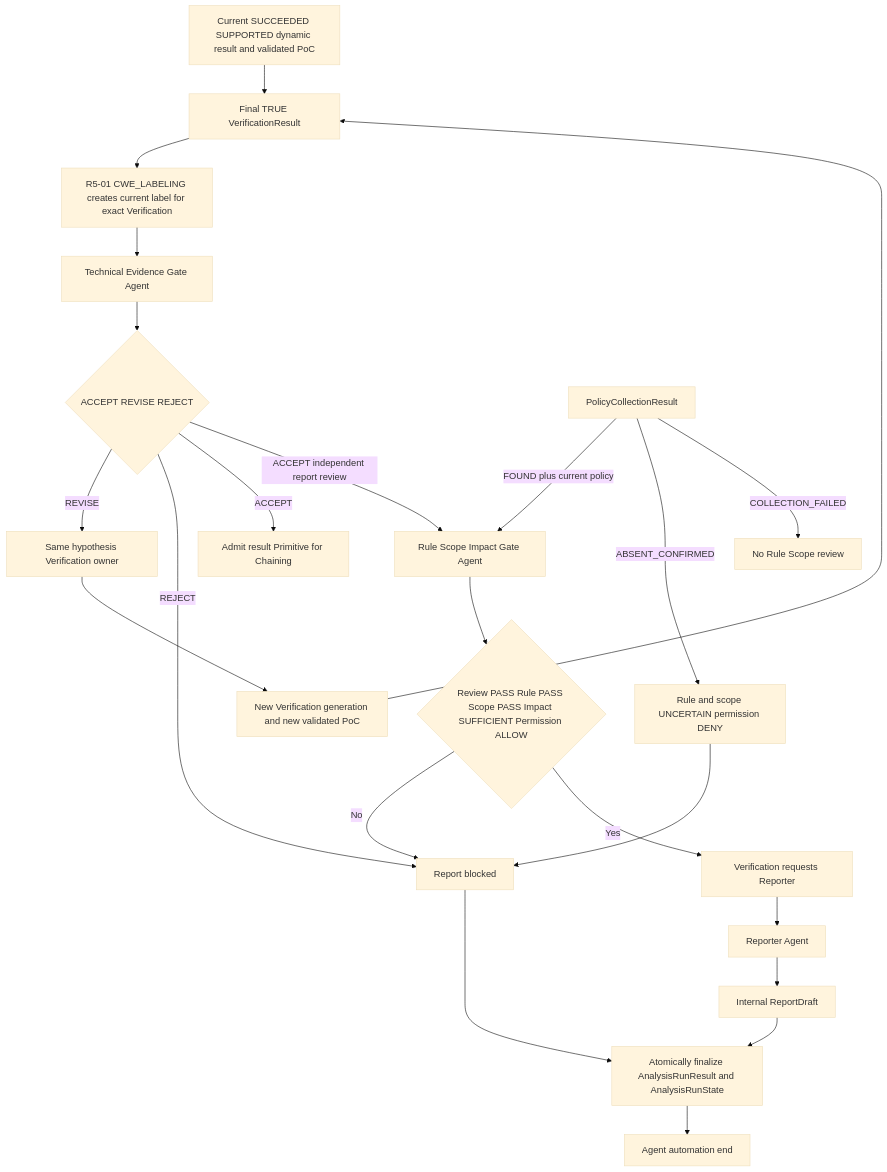
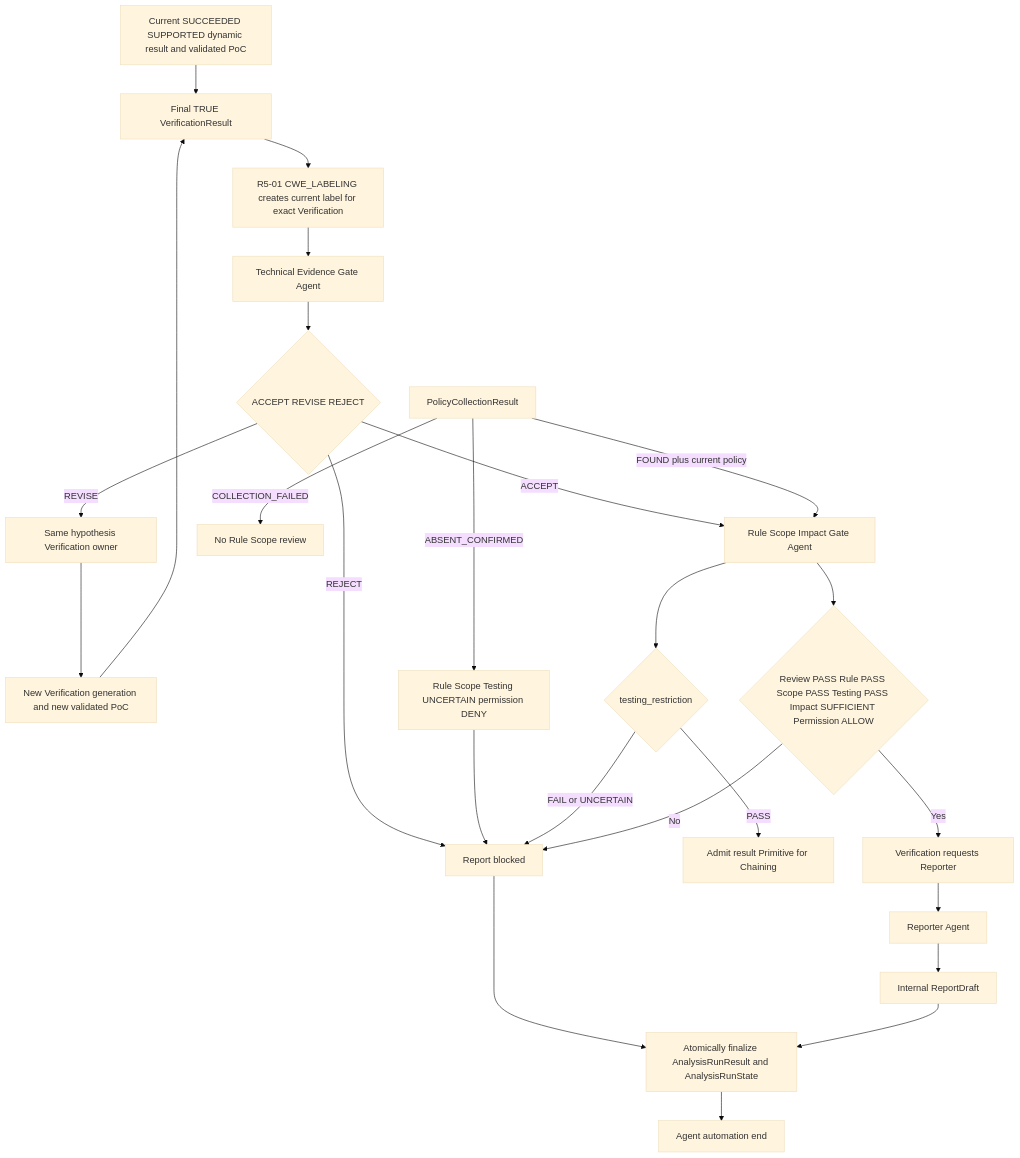
One commit to SASTsimi/sastsimi changed the sixth of 13 diagrams in docs/architecture-v5/13-architecture-diagrams.md. Above: the diagram before and after it, drawn with Mermaid (base theme). The commit also changed other lines of this file and 25 other files, not shown here.

Commit message:
docs: align R5-02 primitive admission with testing restrictions

````diff
--- a/docs/architecture-v5/13-architecture-diagrams.md
+++ b/docs/architecture-v5/13-architecture-diagrams.md
@@ -244,25 +247,27 @@
 ```mermaid
 flowchart TB
     DYN[Current SUCCEEDED SUPPORTED dynamic result and validated PoC] --> VR[Final TRUE VerificationResult]
     VR --> CWE[R5-01 CWE_LABELING creates current label for exact Verification]
     CWE --> TECH[Technical Evidence Gate Agent]
     TECH --> TS{ACCEPT REVISE REJECT}
     TS -->|REVISE| BACK[Same hypothesis Verification owner]
     BACK --> NEWGEN[New Verification generation and new validated PoC]
     NEWGEN --> VR
     TS -->|REJECT| BLOCK[Report blocked]
-    TS -->|ACCEPT| PRIMITIVE[Admit result Primitive for Chaining]
-    TS -->|ACCEPT independent report review| RULE[Rule Scope Impact Gate Agent]
+    TS -->|ACCEPT| RULE[Rule Scope Impact Gate Agent]
     COLLECT[PolicyCollectionResult] -->|FOUND plus current policy| RULE
-    COLLECT -->|ABSENT_CONFIRMED| UNCERTAIN[Rule and scope UNCERTAIN permission DENY]
+    COLLECT -->|ABSENT_CONFIRMED| UNCERTAIN[Rule Scope Testing UNCERTAIN permission DENY]
     COLLECT -->|COLLECTION_FAILED| NOGATE[No Rule Scope review]
     UNCERTAIN --> BLOCK
-    RULE --> READY{Review PASS Rule PASS Scope PASS Impact SUFFICIENT Permission ALLOW}
+    RULE --> TR{testing_restriction}
+    TR -->|PASS| PRIMITIVE[Admit result Primitive for Chaining]
+    TR -->|FAIL or UNCERTAIN| BLOCK
+    RULE --> READY{Review PASS Rule PASS Scope PASS Testing PASS Impact SUFFICIENT Permission ALLOW}
     READY -->|No| BLOCK
     READY -->|Yes| RREQ[Verification requests Reporter]
     RREQ --> REPORTER[Reporter Agent]
     REPORTER --> DRAFT[Internal ReportDraft]
     BLOCK --> FINAL[Atomically finalize AnalysisRunResult and AnalysisRunState]
     DRAFT --> FINAL
     FINAL --> END[Agent automation end]
 ```
````
